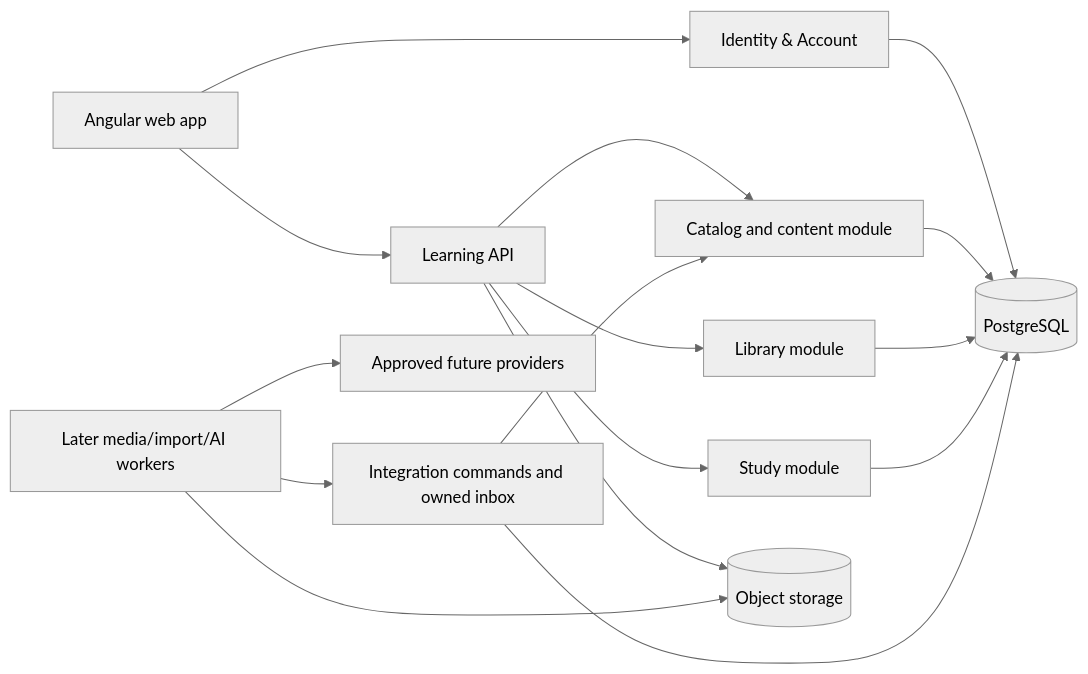
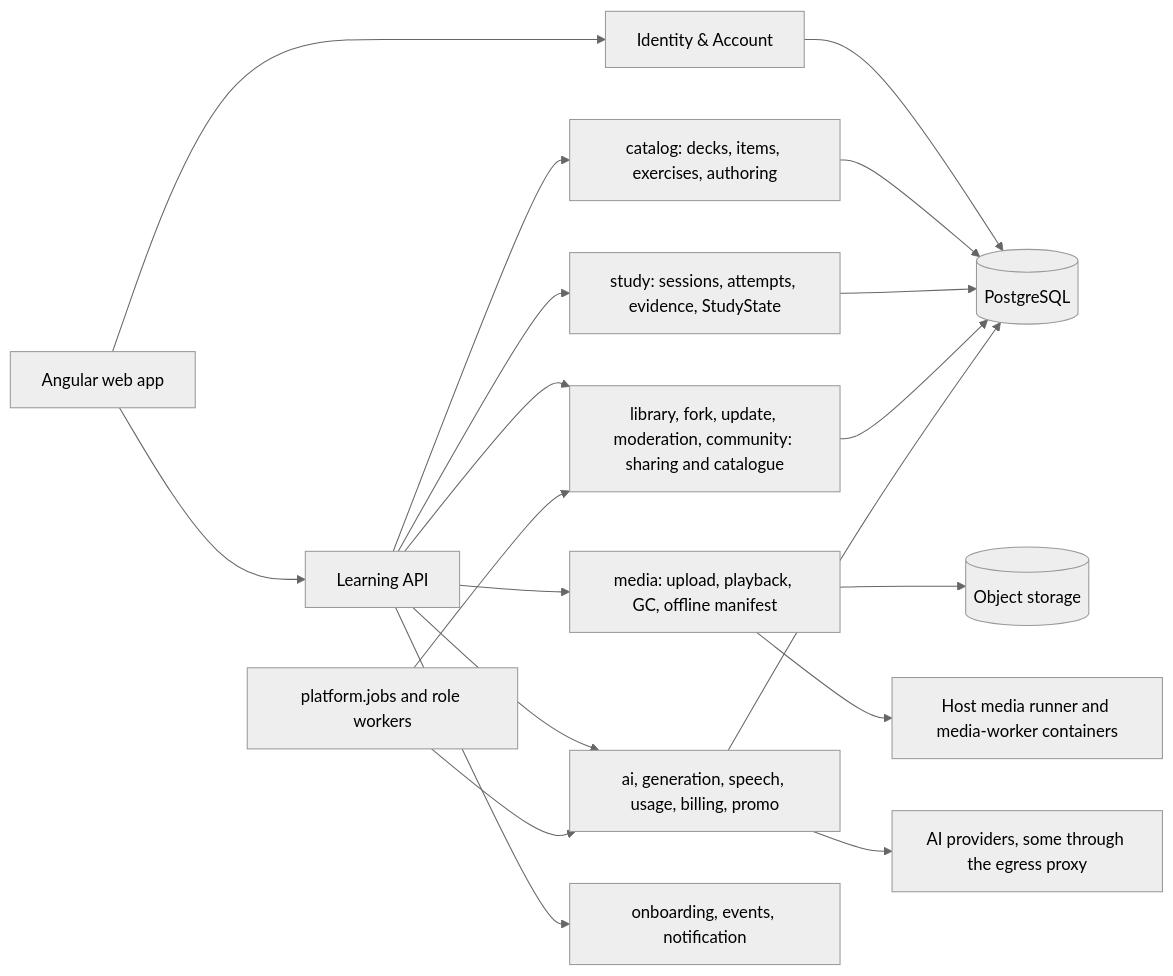
The first of 3 diagrams in docs/architecture/content-platform-v2.md (MattoYuzuru/Mnema), drawn with Mermaid (neutral theme) before and after one commit. The commit also changed other lines of this file and 351 other files, not shown here.

First line of the commit message:
docs: as-is documentation after onboarding — remove plans, prompts, handoffs and stale evidence (#568)

````diff
--- a/docs/architecture/content-platform-v2.md
+++ b/docs/architecture/content-platform-v2.md
@@ -127,18 +126,21 @@
 ```mermaid
 flowchart LR
     Web[Angular web app] --> Identity[Identity & Account]
     Web --> API[Learning API]
-    API --> Catalog[Catalog and content module]
-    API --> Library[Library module]
-    API --> Study[Study module]
+    API --> Catalog[catalog: decks, items, exercises, authoring]
+    API --> Study[study: sessions, attempts, evidence, StudyState]
+    API --> Library[library, fork, update, moderation, community: sharing and catalogue]
+    API --> Media[media: upload, playback, GC, offline manifest]
+    API --> AI[ai, generation, speech, usage, billing, promo]
+    API --> Onb[onboarding, events, notification]
+    Jobs[platform.jobs and role workers] --> Library
+    Jobs --> AI
     Identity --> PG[(PostgreSQL)]
     Catalog --> PG
+    Study --> PG
     Library --> PG
-    Study --> PG
-    API --> S3[(Object storage)]
-    Worker[Later media/import/AI workers] --> Integration[Integration commands and owned inbox]
-    Integration --> Catalog
-    Integration --> PG
-    Worker --> S3
-    Worker --> Providers[Approved future providers]
+    AI --> PG
+    Media --> S3[(Object storage)]
+    Media --> Runner[Host media runner and media-worker containers]
+    AI --> Providers[AI providers, some through the egress proxy]
 ```
````
